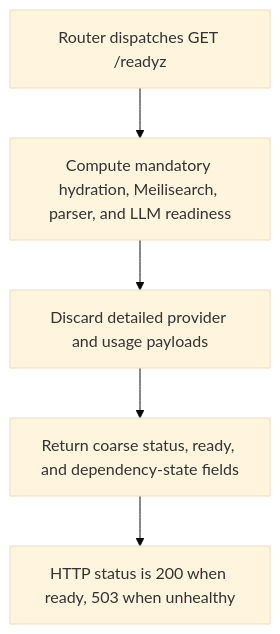
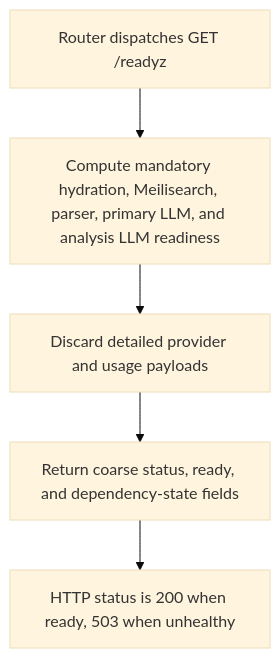
Before and after one commit to dickwu/nowledge: the diagram in doc/api/get_readyz.md, drawn with Mermaid (base theme). The commit also changed other lines of this file and 102 other files, not shown here.

````diff
--- a/doc/api/get_readyz.md
+++ b/doc/api/get_readyz.md
@@ -48,12 +48,12 @@
 ```mermaid
 flowchart TD
   n0["Router dispatches GET /readyz"]
-  n1["Compute mandatory hydration, Meilisearch, parser, and LLM readiness"]
+  n1["Compute mandatory hydration, Meilisearch, parser, primary LLM, and analysis LLM readiness"]
   n2["Discard detailed provider and usage payloads"]
   n3["Return coarse status, ready, and dependency-state fields"]
   n4["HTTP status is 200 when ready, 503 when unhealthy"]
   n0 --> n1
   n1 --> n2
   n2 --> n3
   n3 --> n4
 ```
````
